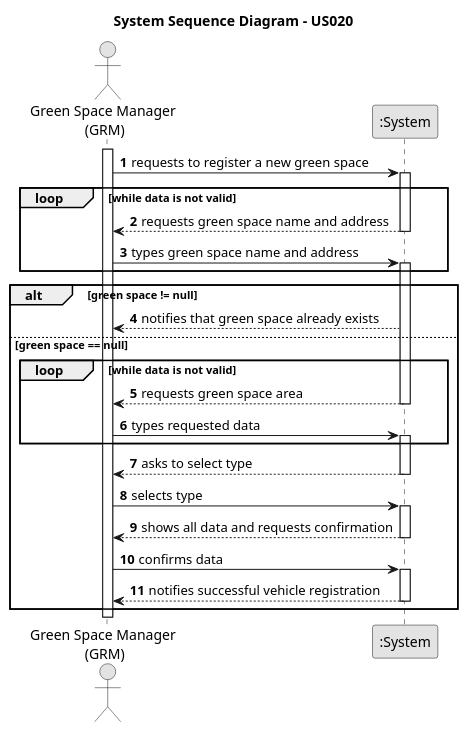
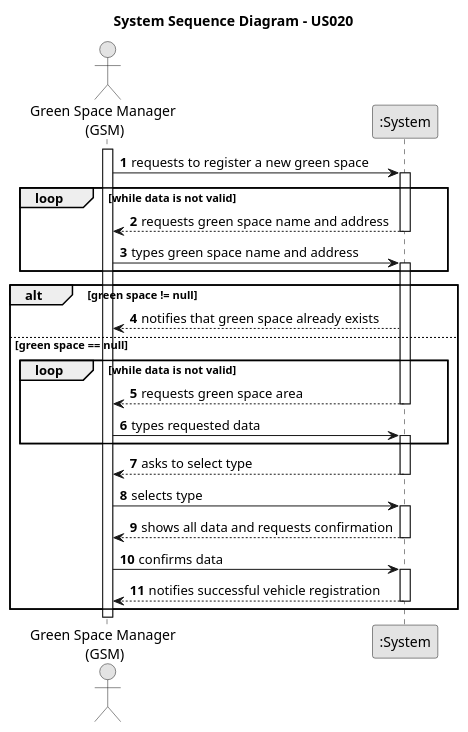
The diagram in docs/sprintC/us020/01.requirements-engineering/puml/us020-alternative-one.puml (RicardoMorim/lapr2-ISEP-Project), drawn with PlantUML before and after one commit. The commit also changed 15 other files, not shown here.

```diff
--- a/docs/sprintC/us020/01.requirements-engineering/puml/us020-alternative-one.puml
+++ b/docs/sprintC/us020/01.requirements-engineering/puml/us020-alternative-one.puml
@@ -1,46 +1,46 @@
 @startuml
 skinparam monochrome true
 skinparam packageStyle rectangle
 skinparam shadowing false
 
 title System Sequence Diagram - US020
 
 autonumber
 
-actor "Green Space Manager \n(GRM)" as GRM
+actor "Green Space Manager \n(GSM)" as GRM
 participant ":System" as System
 
 activate GRM
 
 GRM -> System : requests to register a new green space
 activate System
 loop while data is not valid
 System --> GRM : requests green space name and address
 deactivate System
 GRM -> System : types green space name and address
 activate System
 end
 alt green space != null
     System --> GRM : notifies that green space already exists
     else green space == null
     loop while data is not valid
     System --> GRM : requests green space area
 
 deactivate System
     GRM -> System : types requested data
     activate System
     end
 
     System --> GRM : asks to select type
     deactivate System
     GRM -> System : selects type
     activate System
     System --> GRM : shows all data and requests confirmation
     deactivate System
 deactivate System
     GRM -> System : confirms data
     activate System
     System --> GRM: notifies successful vehicle registration
 deactivate System
 end
 @enduml
```
